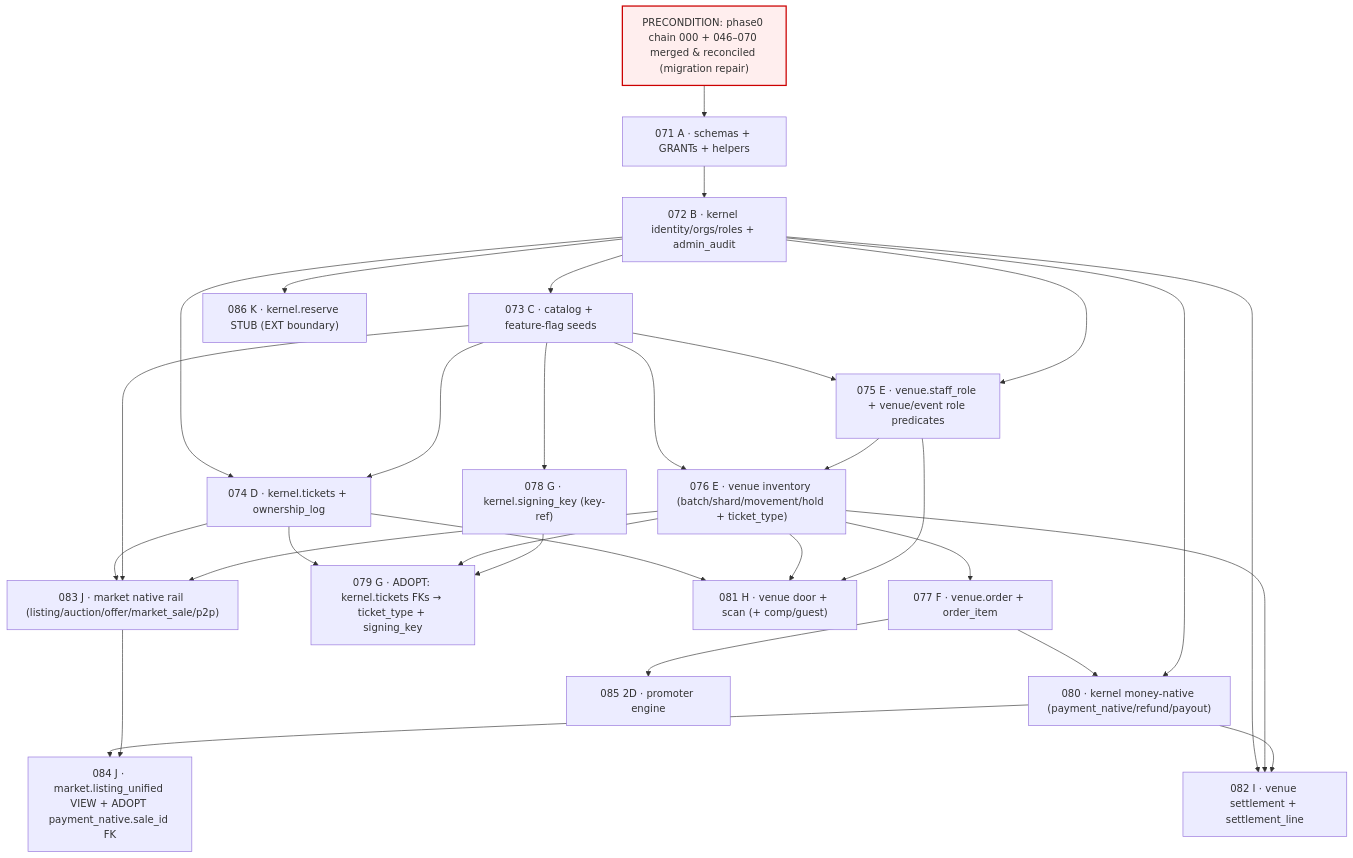
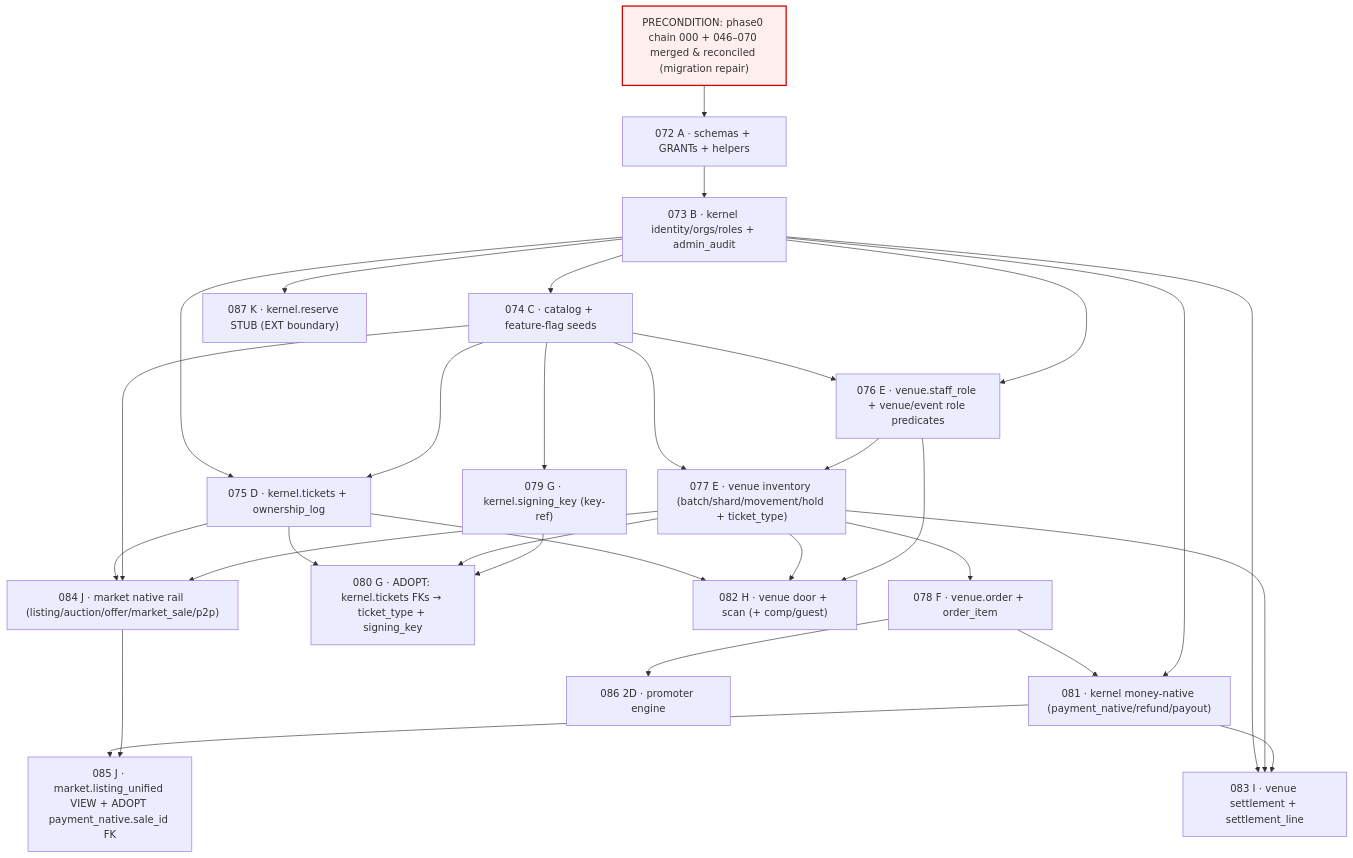
The diagram in docs/architecture/PHASE_2_SUPABASE_MIGRATION_PLAN.md (SnatchIt-app/snatchit), drawn with Mermaid before and after one commit. The commit also changed other lines of this file and 20 other files, not shown here.

````diff
--- a/docs/architecture/PHASE_2_SUPABASE_MIGRATION_PLAN.md
+++ b/docs/architecture/PHASE_2_SUPABASE_MIGRATION_PLAN.md
@@ -163,50 +181,50 @@
 ```mermaid
 graph TD
     P0["PRECONDITION: phase0 chain 000 + 046–070 merged & reconciled (migration repair)"]:::pre
 
-    A071["071 A · schemas + GRANTs + helpers"]
-    B072["072 B · kernel identity/orgs/roles + admin_audit"]
-    C073["073 C · catalog + feature-flag seeds"]
-    D074["074 D · kernel.tickets + ownership_log"]
-    E075["075 E · venue.staff_role + venue/event role predicates"]
-    E076["076 E · venue inventory (batch/shard/movement/hold + ticket_type)"]
-    F077["077 F · venue.order + order_item"]
-    G078["078 G · kernel.signing_key (key-ref)"]
-    G079["079 G · ADOPT: kernel.tickets FKs → ticket_type + signing_key"]
-    M080["080 · kernel money-native (payment_native/refund/payout)"]
-    H081["081 H · venue door + scan (+ comp/guest)"]
-    I082["082 I · venue settlement + settlement_line"]
-    J083["083 J · market native rail (listing/auction/offer/market_sale/p2p)"]
-    J084["084 J · market.listing_unified VIEW + ADOPT payment_native.sale_id FK"]
-    D085["085 2D · promoter engine"]
-    K086["086 K · kernel.reserve STUB (EXT boundary)"]
+    A072["072 A · schemas + GRANTs + helpers"]
+    B073["073 B · kernel identity/orgs/roles + admin_audit"]
+    C074["074 C · catalog + feature-flag seeds"]
+    D075["075 D · kernel.tickets + ownership_log"]
+    E076["076 E · venue.staff_role + venue/event role predicates"]
+    E077["077 E · venue inventory (batch/shard/movement/hold + ticket_type)"]
+    F078["078 F · venue.order + order_item"]
+    G079["079 G · kernel.signing_key (key-ref)"]
+    G080["080 G · ADOPT: kernel.tickets FKs → ticket_type + signing_key"]
+    M081["081 · kernel money-native (payment_native/refund/payout)"]
+    H082["082 H · venue door + scan (+ comp/guest)"]
+    I083["083 I · venue settlement + settlement_line"]
+    J084["084 J · market native rail (listing/auction/offer/market_sale/p2p)"]
+    J085["085 J · market.listing_unified VIEW + ADOPT payment_native.sale_id FK"]
+    D086["086 2D · promoter engine"]
+    K087["087 K · kernel.reserve STUB (EXT boundary)"]
 
-    P0 --> A071 --> B072 --> C073
-    B072 --> D074
-    C073 --> D074
-    C073 --> E075
-    B072 --> E075
-    C073 --> E076
-    E075 --> E076
-    E076 --> F077
-    C073 --> G078
-    D074 --> G079
-    E076 --> G079
-    G078 --> G079
-    F077 --> M080
-    B072 --> M080
-    D074 --> H081
-    E076 --> H081
-    E075 --> H081
-    B072 --> I082
-    E076 --> I082
-    M080 --> I082
-    D074 --> J083
-    C073 --> J083
-    E076 --> J083
-    M080 --> J084
-    J083 --> J084
-    F077 --> D085
-    B072 --> K086
+    P0 --> A072 --> B073 --> C074
+    B073 --> D075
+    C074 --> D075
+    C074 --> E076
+    B073 --> E076
+    C074 --> E077
+    E076 --> E077
+    E077 --> F078
+    C074 --> G079
+    D075 --> G080
+    E077 --> G080
+    G079 --> G080
+    F078 --> M081
+    B073 --> M081
+    D075 --> H082
+    E077 --> H082
+    E076 --> H082
+    B073 --> I083
+    E077 --> I083
+    M081 --> I083
+    D075 --> J084
+    C074 --> J084
+    E077 --> J084
+    M081 --> J085
+    J084 --> J085
+    F078 --> D086
+    B073 --> K087
     classDef pre fill:#fee,stroke:#c00,stroke-width:2px;
 ```
````
